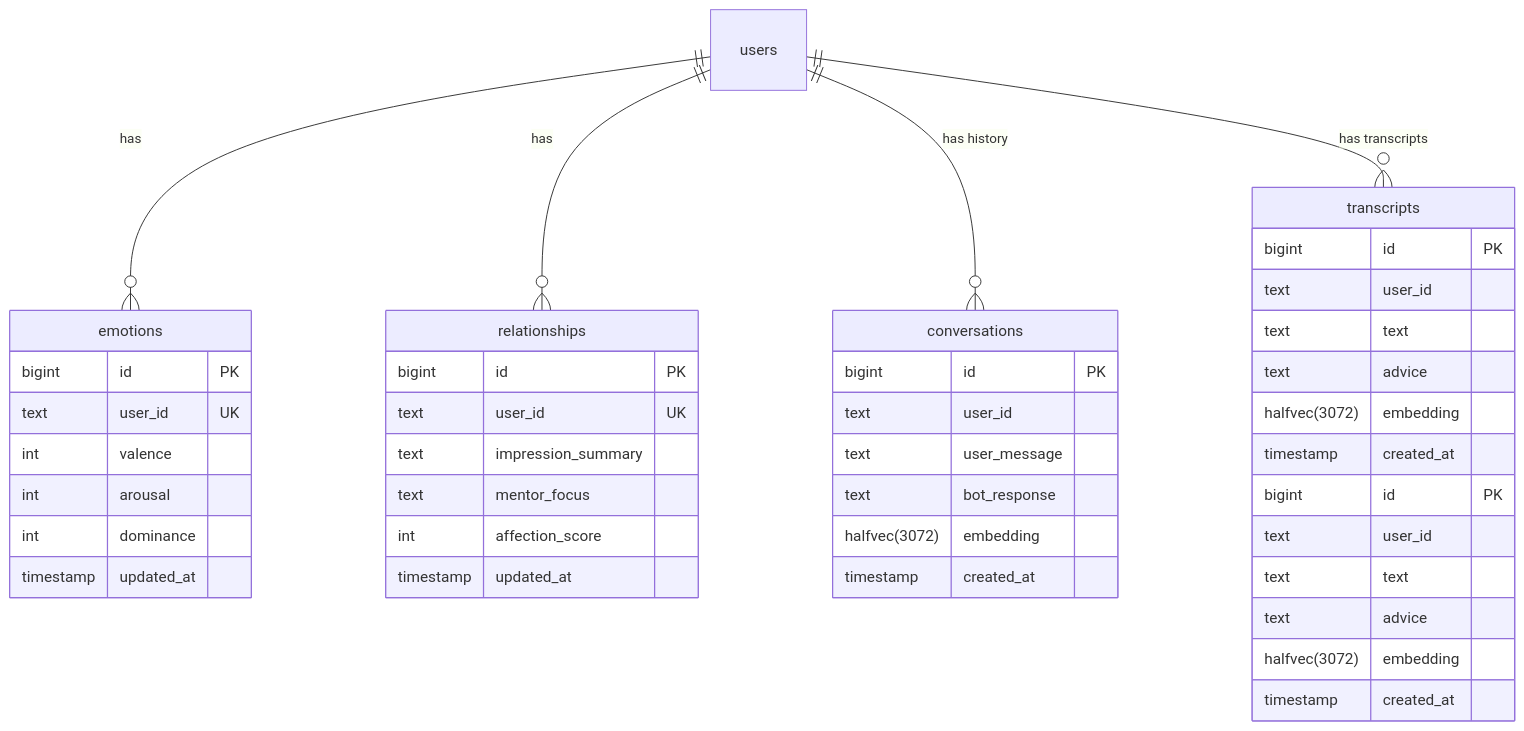
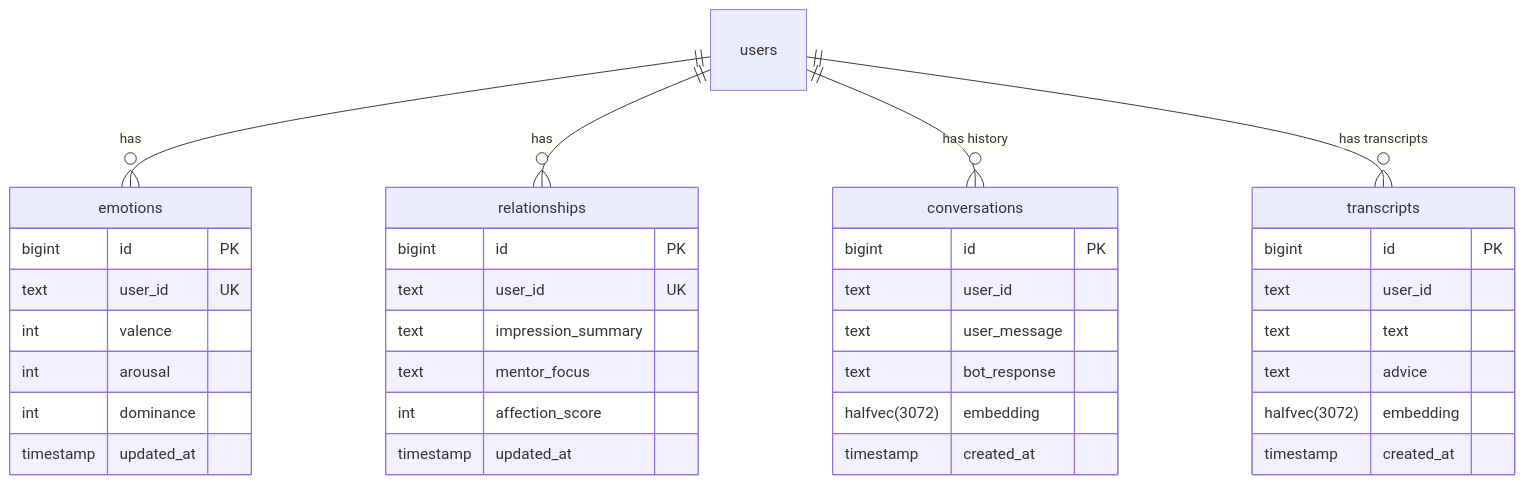
One commit to litoma/aimolt changed the diagram in README.md. Above: the diagram before and after it, drawn with Mermaid.

Commit message:
docs: Fix ER diagram duplication

````diff
--- a/README.md
+++ b/README.md
@@ -91,51 +91,44 @@
 ```mermaid
 erDiagram
     users ||--o{ emotions : "has"
     users ||--o{ relationships : "has"
     users ||--o{ conversations : "has history"
     users ||--o{ transcripts : "has transcripts"
 
     emotions {
         bigint id PK
         text user_id UK
         int valence
         int arousal
         int dominance
         timestamp updated_at
     }
 
     relationships {
         bigint id PK
         text user_id UK
         text impression_summary
         text mentor_focus
         int affection_score
         timestamp updated_at
     }
 
     conversations {
         bigint id PK
         text user_id
         text user_message
         text bot_response
         halfvec(3072) embedding
         timestamp created_at
     }
 
     transcripts {
         bigint id PK
         text user_id
         text text
         text advice
         halfvec(3072) embedding
         timestamp created_at
     }
-    transcripts {
-        bigint id PK
-        text user_id
-        text text
-        text advice
-        halfvec(3072) embedding
-        timestamp created_at
-    }
+
 ```
````
